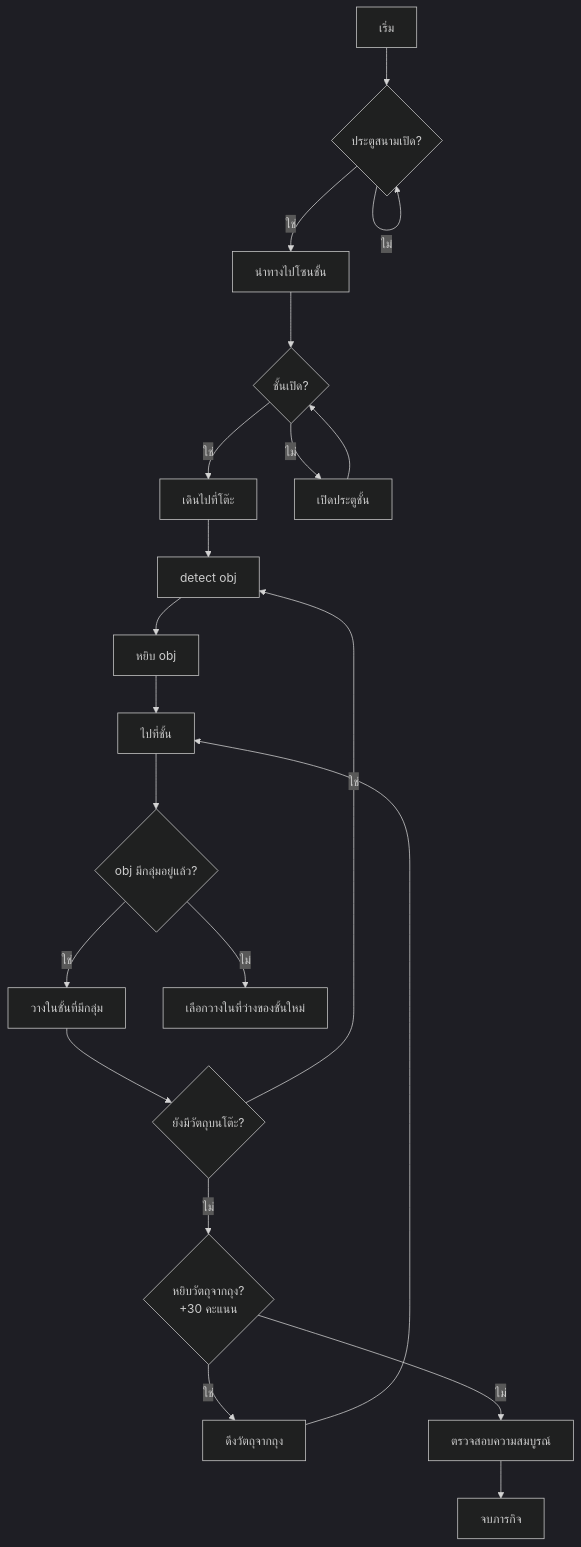
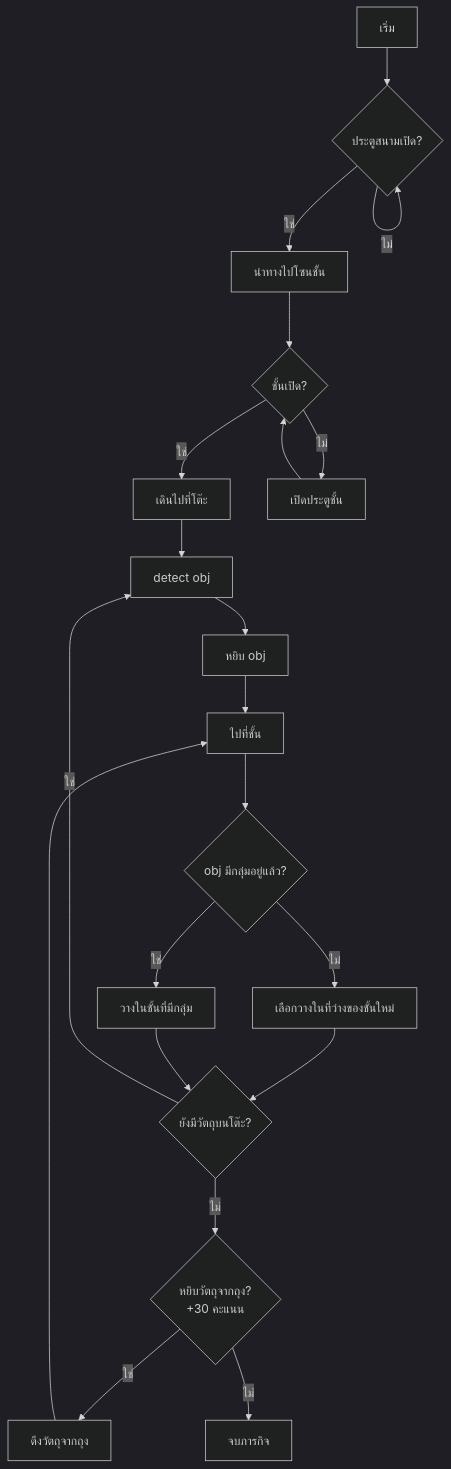
One commit to NapatzZ/state-robocup changed the diagram in StoringGroceries.md. Above: the diagram before and after it, drawn with Mermaid (dark theme).

````diff
--- a/StoringGroceries.md
+++ b/StoringGroceries.md
@@ -1,30 +1,30 @@
 ```mermaid
 flowchart TD
     A[เริ่ม] --> B{ประตูสนามเปิด?}
     B -->|ใช่| C[นำทางไปโซนชั้น]
     B -->|ไม่| B
     
     C --> D{ชั้นเปิด?}
     D -->|ใช่| E[เดินไปที่โต๊ะ]
     D -->|ไม่| F[เปิดประตูชั้น]
     F --> D
     
     E --> G[detect obj]
     G --> PP[หยิบ obj]
     PP --> H[ไปที่ชั้น]
     H --> I{obj มีกลุ่มอยู่แล้ว?}
     I -->|ใช่| U[วางในชั้นที่มีกลุ่ม]
     I -->|ไม่| KK[เลือกวางในที่ว่างของชั้นใหม่]
-    
+    KK --> V
     
     U --> V{ยังมีวัตถุบนโต๊ะ?}
     V -->|ใช่| G
     V -->|ไม่| W{หยิบวัตถุจากถุง? \n +30 คะแนน}
     
     W -->|ใช่| X[ดึงวัตถุจากถุง]
     X --> H
-    W -->|ไม่| Y[ตรวจสอบความสมบูรณ์]
+    W -->|ไม่| Z[จบภารกิจ]
     
-    Y --> Z[จบภารกิจ]
+
 
 ```
````
